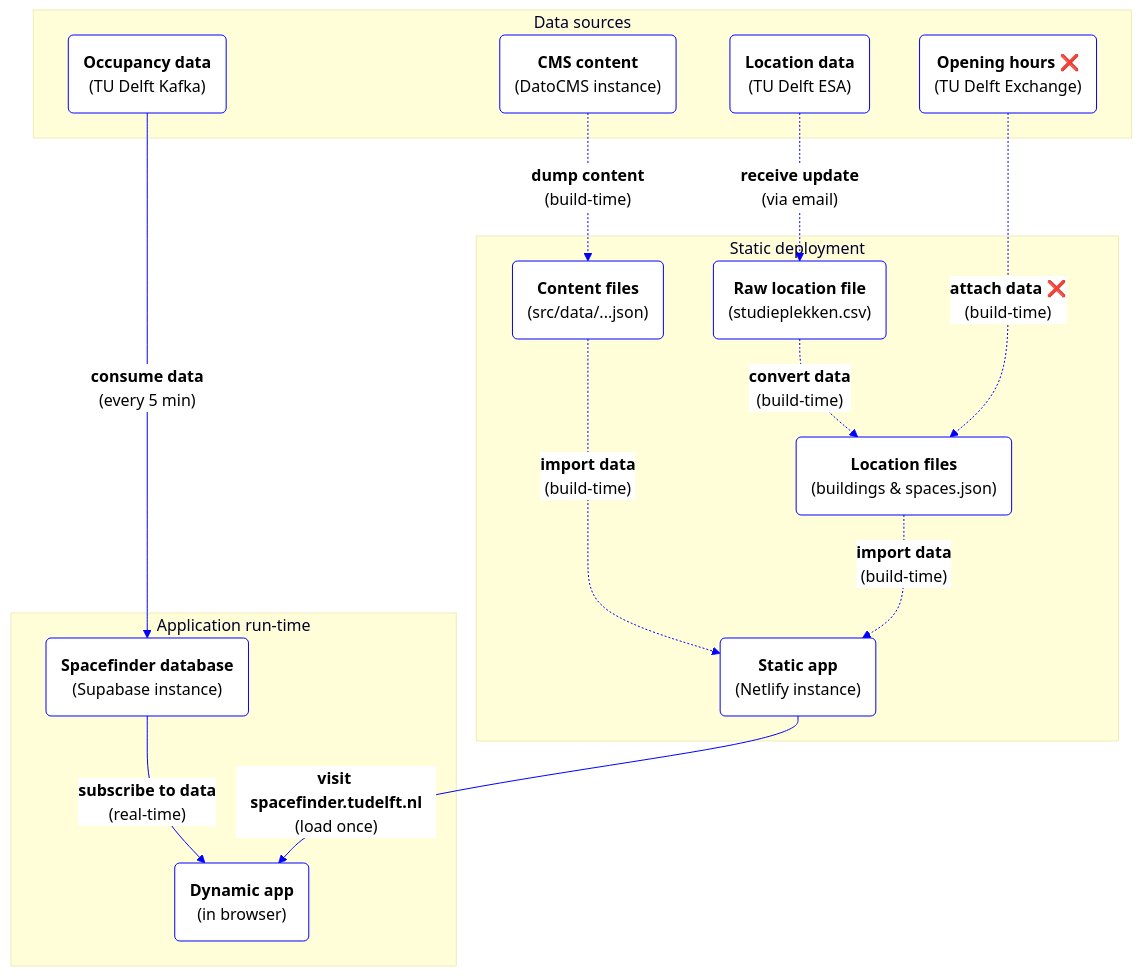
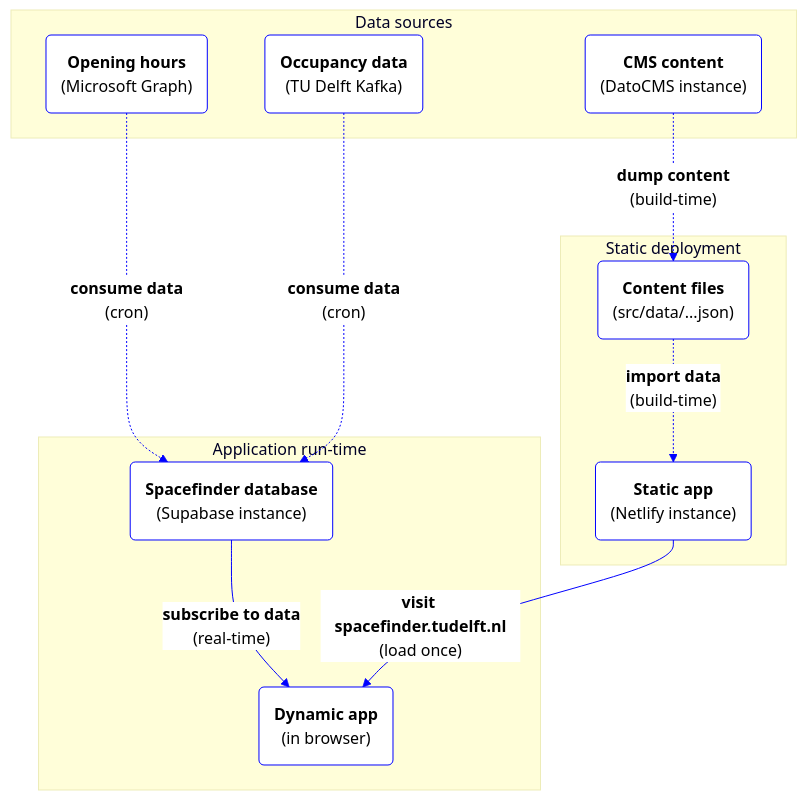
One commit to voorhoede/tudelft-spacefinder changed the second of 2 diagrams in readme.md. Above: the diagram before and after it, drawn with Mermaid. The commit also changed other lines of this file and 29 other files, not shown here.

Commit message:
Consume opening hours from Microsoft Graph API

````diff
--- a/readme.md
+++ b/readme.md
@@ -64,46 +64,40 @@
 ```mermaid
 %%{
     init: {
         'theme': 'base',
         'themeVariables': {
             'edgeLabelBackground': '#FFFFFF',
             'lineColor': '#0000FF',
             'mainBkg': '#FFFFFF',
             'primaryBorderColor': '#0000FF',
             'primaryTextColor': '#000000',
             'tertiaryColor': '#FFFED9'
         }
     }
 }%%
 
 flowchart
 
     subgraph "Data sources"
         OccupancyData("<strong>Occupancy data</strong><br>(TU Delft Kafka)")
-        LocationData("<strong>Location data</strong><br>(TU Delft ESA)")
         SpacefinderCms("<strong>CMS content</strong><br>(DatoCMS instance)")
-        OpeningHours("<strong>Opening hours ❌</strong><br>(TU Delft Exchange)")
+        OpeningHours("<strong>Opening hours</strong><br>(Microsoft Graph)")
     end
 
     subgraph "Application run-time"
         SpacefinderDb("<strong>Spacefinder database</strong><br>(Supabase instance)")
         DynamicApp("<strong>Dynamic app</strong><br>(in browser)")
     end
 
     subgraph "Static deployment"
-        RawLocationFile("<strong>Raw location file</strong><br>(studieplekken.csv)")
-        LocationFiles("<strong>Location files</strong><br>(buildings & spaces.json)")
         ContentFiles("<strong>Content files</strong><br>(src/data/...json)")
         StaticApp("<strong>Static app</strong><br>(Netlify instance)")
     end
 
-    LocationData -. "<strong>receive update</strong><br>(via email)" .-> RawLocationFile
-    RawLocationFile -. "<strong>convert data</strong><br>(build-time)" .-> LocationFiles
-    OpeningHours -. "<strong>attach data ❌</strong><br>(build-time)" .-> LocationFiles
+    OpeningHours -. "<strong>consume data</strong><br>(cron)" .-> SpacefinderDb
+    OccupancyData -. "<strong>consume data</strong><br>(cron)" .-> SpacefinderDb
     SpacefinderCms -. "<strong>dump content</strong><br>(build-time)" .-> ContentFiles
-    OccupancyData -- "<strong>consume data</strong><br>(every 5 min)" --> SpacefinderDb
     SpacefinderDb -- "<strong>subscribe to data</strong><br>(real-time)" --> DynamicApp
     ContentFiles -. "<strong>import data</strong><br>(build-time)" .-> StaticApp
-    LocationFiles -. "<strong>import data</strong><br>(build-time)" .-> StaticApp
     StaticApp -- "<strong>visit spacefinder.tudelft.nl</strong><br>(load once)" --> DynamicApp
 ```
````
